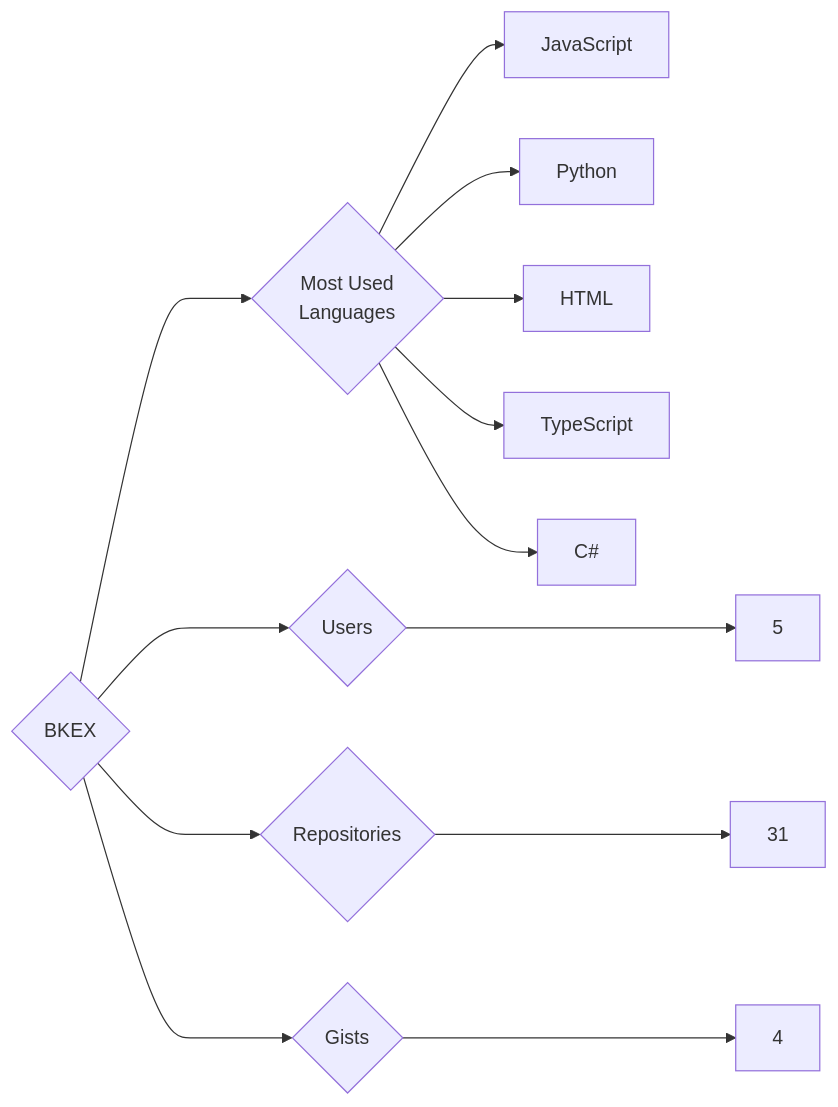
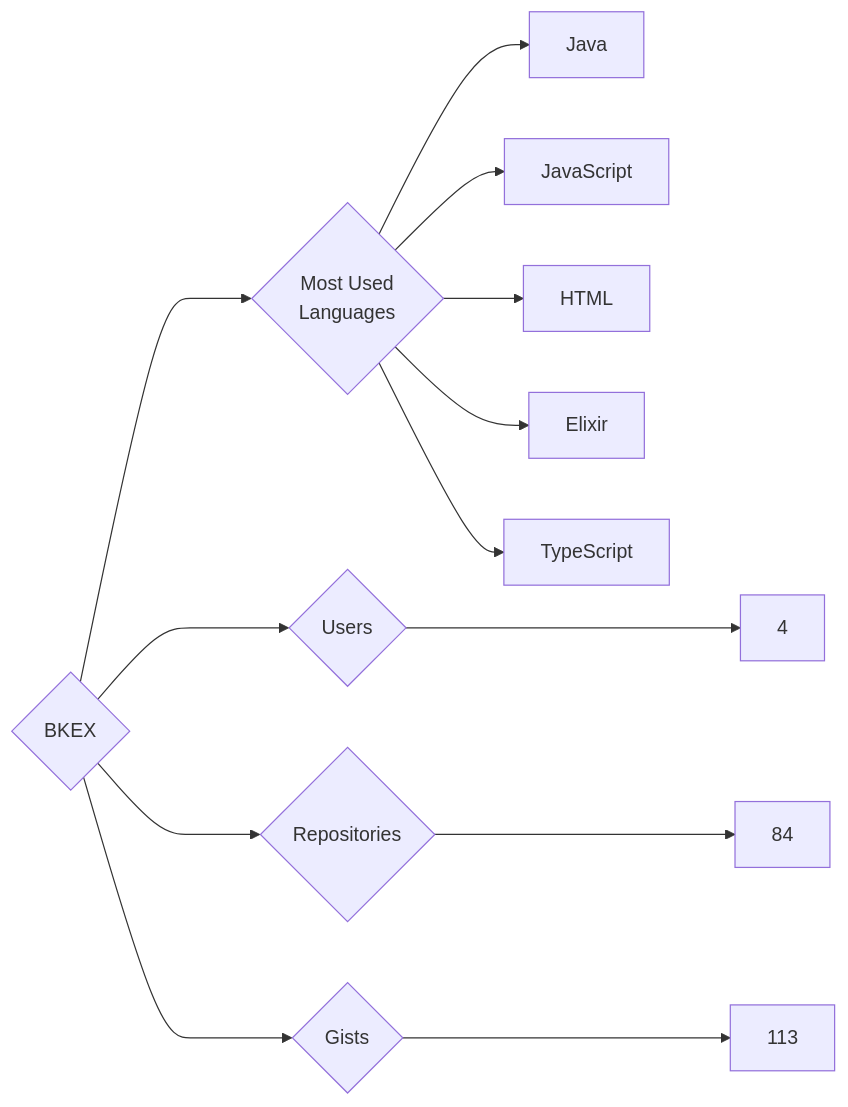
Before and after one commit to trickest/insiders: the diagram in targets/BKEX/README.md, drawn with Mermaid. The commit also changed 1089 other files, not shown here.

````diff
--- a/targets/BKEX/README.md
+++ b/targets/BKEX/README.md
@@ -3,13 +3,13 @@
 ```mermaid
 graph LR
 COMPANY_NAME{BKEX}
-COMPANY_NAME ---> U{Users} ---> UN[5]
-COMPANY_NAME ---> R{Repositories} ---> RN[31]
-COMPANY_NAME ---> G{Gists} ---> GN[4]
+COMPANY_NAME ---> U{Users} ---> UN[4]
+COMPANY_NAME ---> R{Repositories} ---> RN[84]
+COMPANY_NAME ---> G{Gists} ---> GN[113]
 COMPANY_NAME ---> ML{Most Used<br>Languages}
+ML --> Java[Java]
 ML --> JavaScript[JavaScript]
-ML --> Python[Python]
 ML --> HTML[HTML]
+ML --> Elixir[Elixir]
 ML --> TypeScript[TypeScript]
-ML --> C#[C#]
 ```
````
